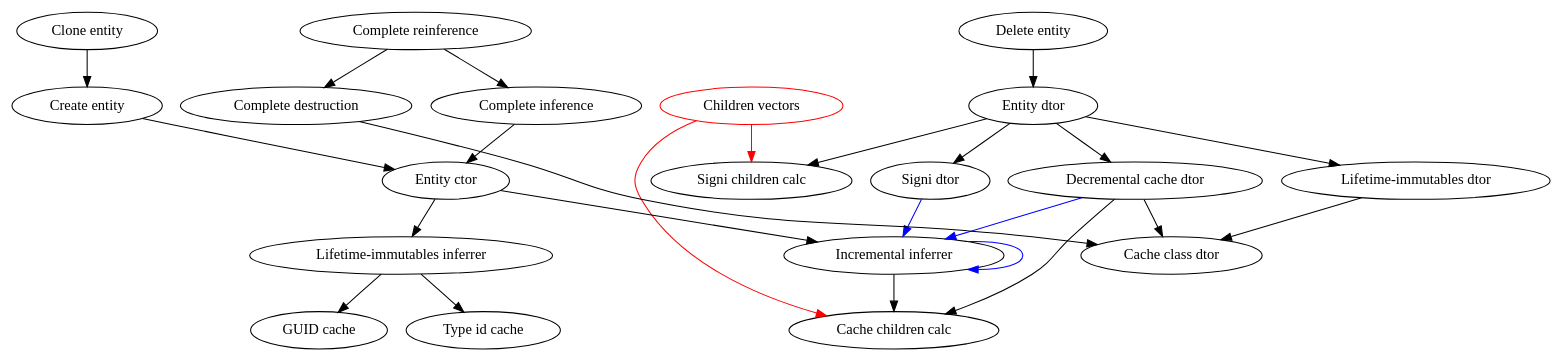
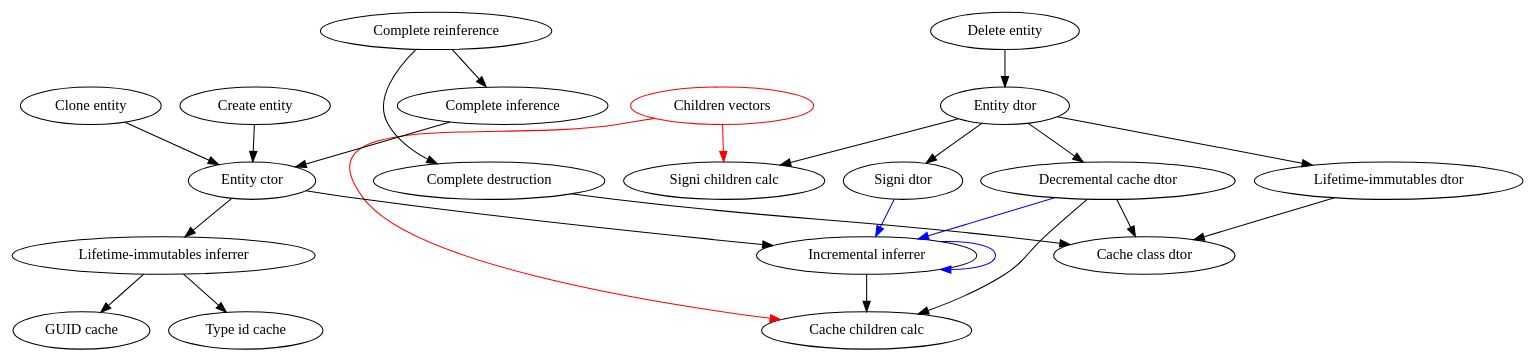
The diagram in docs/calls.dot (TeamHypersomnia/Hypersomnia), drawn with Graphviz before and after one commit. The commit also changed 25 other files, not shown here.

```diff
--- a/docs/calls.dot
+++ b/docs/calls.dot
@@ -1,58 +1,60 @@
 digraph G {
 	/*
 		Parent is a dependency of a child.
 		Child is dependent on the parent.
 
 		Legend:
 
 		Red node - cache
 
 		Black edge - calls [target node label] this entity only
 		Red edge - [target node label] depends on [source node label]
 		Blue edge - calls [target node label] of one or more entities
 	*/
 
 	ordering=out;
 	"Decremental cache dtor"->"Cache children calc"
 	"Children vectors"[color=red]
 	"Children vectors"->"Cache children calc"[color=red]
 	
 	"Decremental cache dtor"->"Cache class dtor"
 	"Decremental cache dtor"->"Incremental inferrer"[color=blue]
 	//"Incremental inferrer"->"Decremental cache dtor"
 
 	"Incremental inferrer"->"Incremental inferrer"[color=blue/* label="of" labeltooltip="of child(dependency)"*/]
 
 	"Incremental inferrer"->"Cache children calc"
 
 	"Entity ctor"->"Lifetime-immutables inferrer"
 	"Entity ctor"->"Incremental inferrer"
 
 	"Children vectors"->"Signi children calc"[color=red]
 
 	"Entity dtor"->"Signi children calc"
 	"Entity dtor"->"Signi dtor"
 	"Entity dtor"->"Decremental cache dtor"
 	"Entity dtor"->"Lifetime-immutables dtor"
 	"Lifetime-immutables dtor"->"Cache class dtor"
 	"Signi dtor"->"Incremental inferrer"[color=blue]
 
 	"Create entity"->"Entity ctor"
-	"Clone entity"->"Create entity"
+	// The clone entity, instead of just creating entity and modifying components causing redundant reinferences,
+	// will just use ctor in the same way that create entity does. 
+	"Clone entity"->"Entity ctor"
 	"Delete entity"->"Entity dtor"
 
 	"Complete reinference"->"Complete destruction"
 	"Complete reinference"->"Complete inference"
 
 	"Complete inference"->"Entity ctor"
 	"Complete destruction"->"Cache class dtor"
 
 	"Lifetime-immutables inferrer"->"GUID cache"
 	"Lifetime-immutables inferrer"->"Type id cache"
 		
 //	"Incremental inferrer"->"Cache class dtor"
 //	"Assoc-signi field changer"->"Incremental inferrer"[constraint=false]
 
 //	"Signi"[color=green]	
 //	"Signi"->"Incremental inferrer"[constraint=false,color=green]
 }
```
